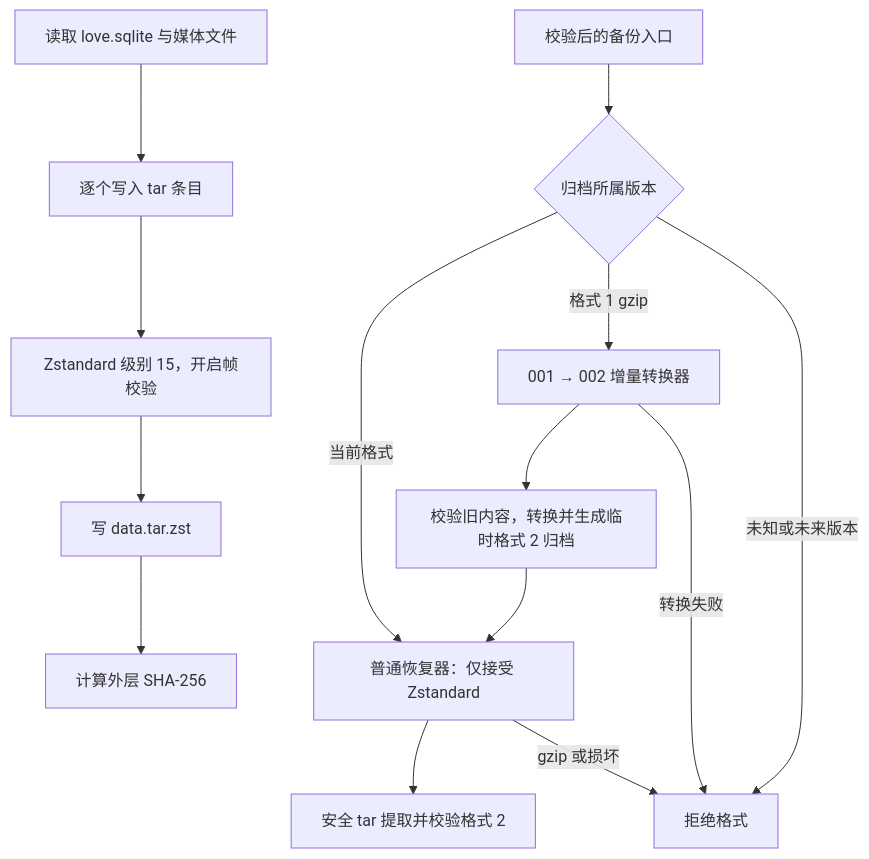
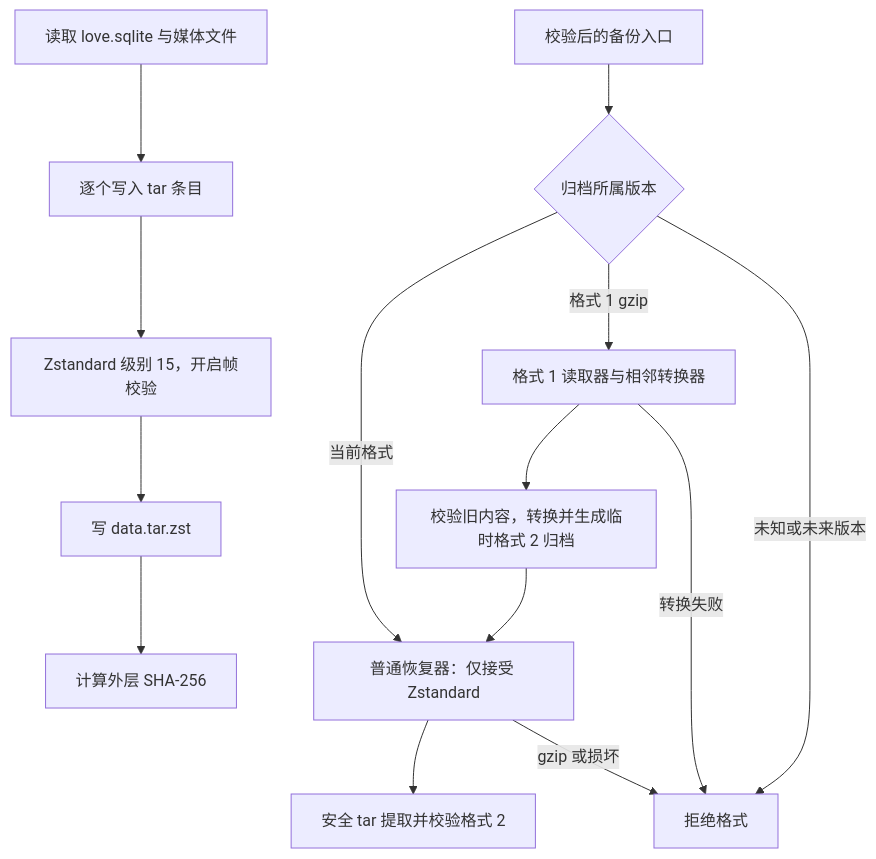
One commit to kevinhuang001/love-app changed the second of 6 diagrams in docs/developer/implementation/backup-restore.md. Above: the diagram before and after it, drawn with Mermaid. The commit also changed other lines of this file and 28 other files, not shown here.

Commit message:
refactor: 泛化备份版本模块并提供 PostgreSQL schema 1 接纳脚本 (#14)

````diff
--- a/docs/developer/implementation/backup-restore.md
+++ b/docs/developer/implementation/backup-restore.md
@@ -38,16 +38,16 @@
 ```mermaid
 flowchart TB
   A[读取 love.sqlite 与媒体文件] --> B[逐个写入 tar 条目]
   B --> C[Zstandard 级别 15，开启帧校验]
   C --> D[写 data.tar.zst]
   D --> E[计算外层 SHA-256]
   R[校验后的备份入口] --> H{归档所属版本}
-  H -->|格式 1 gzip| G[001 → 002 增量转换器]
+  H -->|格式 1 gzip| G[格式 1 读取器与相邻转换器]
   G --> V[校验旧内容，转换并生成临时格式 2 归档]
   V --> Z[普通恢复器：仅接受 Zstandard]
   H -->|当前格式| Z
   Z --> S[安全 tar 提取并校验格式 2]
   H -->|未知或未来版本| X[拒绝格式]
   G -->|转换失败| X
   Z -->|gzip 或损坏| X
 ```
````
